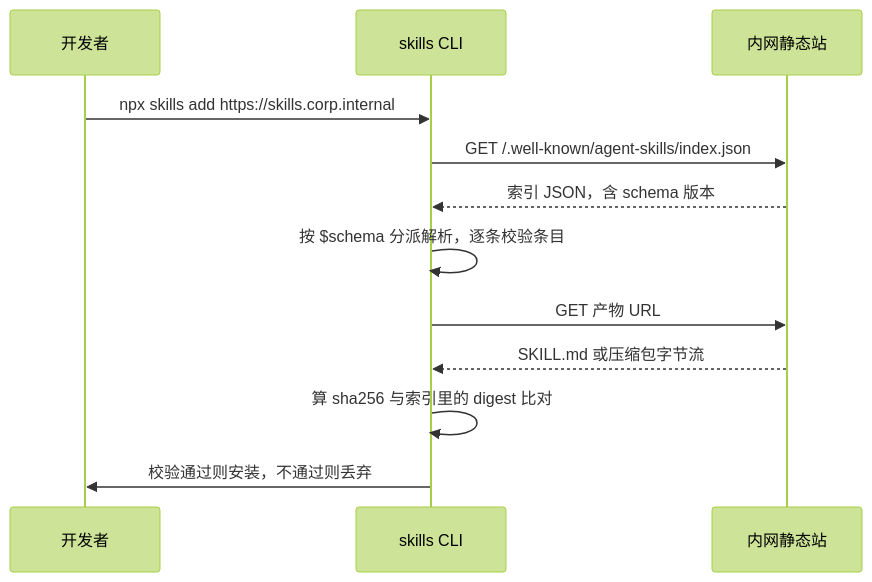
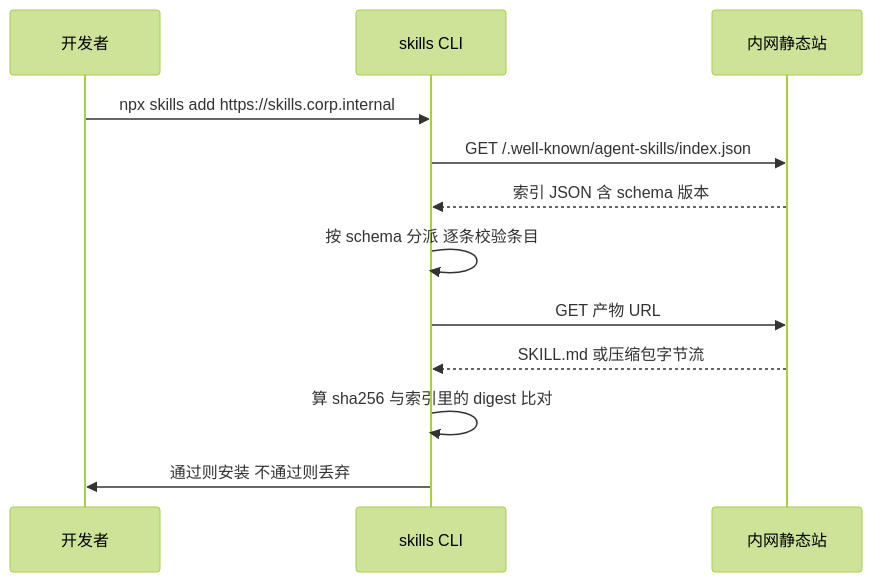
The sixth of 6 diagrams in book/07-vercel-skills.md (diguike/book-source-reading), drawn with Mermaid (forest theme) before and after one commit. The commit also changed other lines of this file, not shown here.

````diff
--- a/book/07-vercel-skills.md
+++ b/book/07-vercel-skills.md
@@ -1001,15 +725,15 @@
 ```mermaid
 sequenceDiagram
     participant U as 开发者
     participant C as skills CLI
     participant S as 内网静态站
 
     U->>C: npx skills add https://skills.corp.internal
     C->>S: GET /.well-known/agent-skills/index.json
-    S-->>C: 索引 JSON，含 schema 版本
-    C->>C: 按 $schema 分派解析，逐条校验条目
+    S-->>C: 索引 JSON 含 schema 版本
+    C->>C: 按 schema 分派 逐条校验条目
     C->>S: GET 产物 URL
     S-->>C: SKILL.md 或压缩包字节流
     C->>C: 算 sha256 与索引里的 digest 比对
-    C->>U: 校验通过则安装，不通过则丢弃
+    C->>U: 通过则安装 不通过则丢弃
 ```
````
